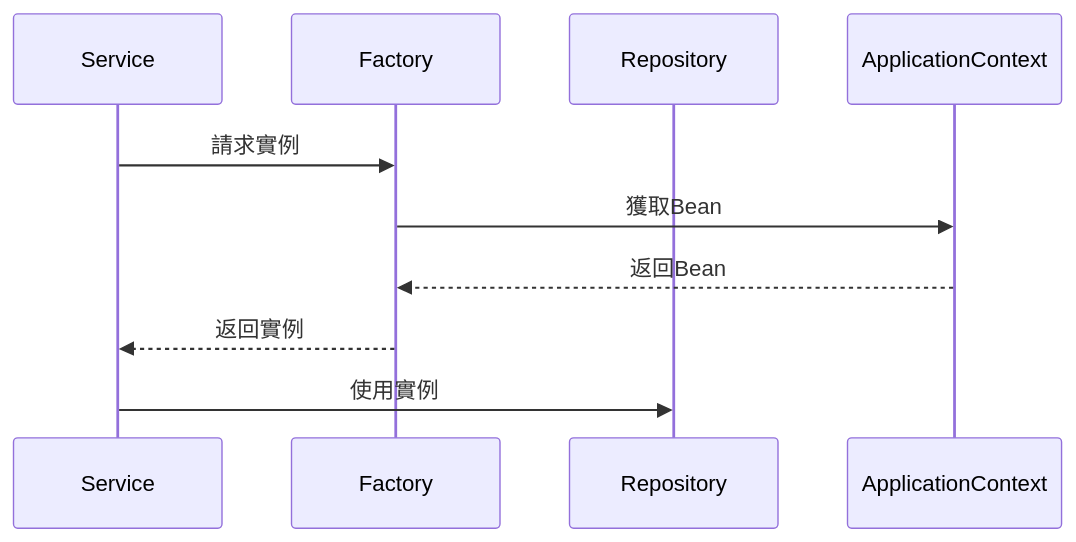
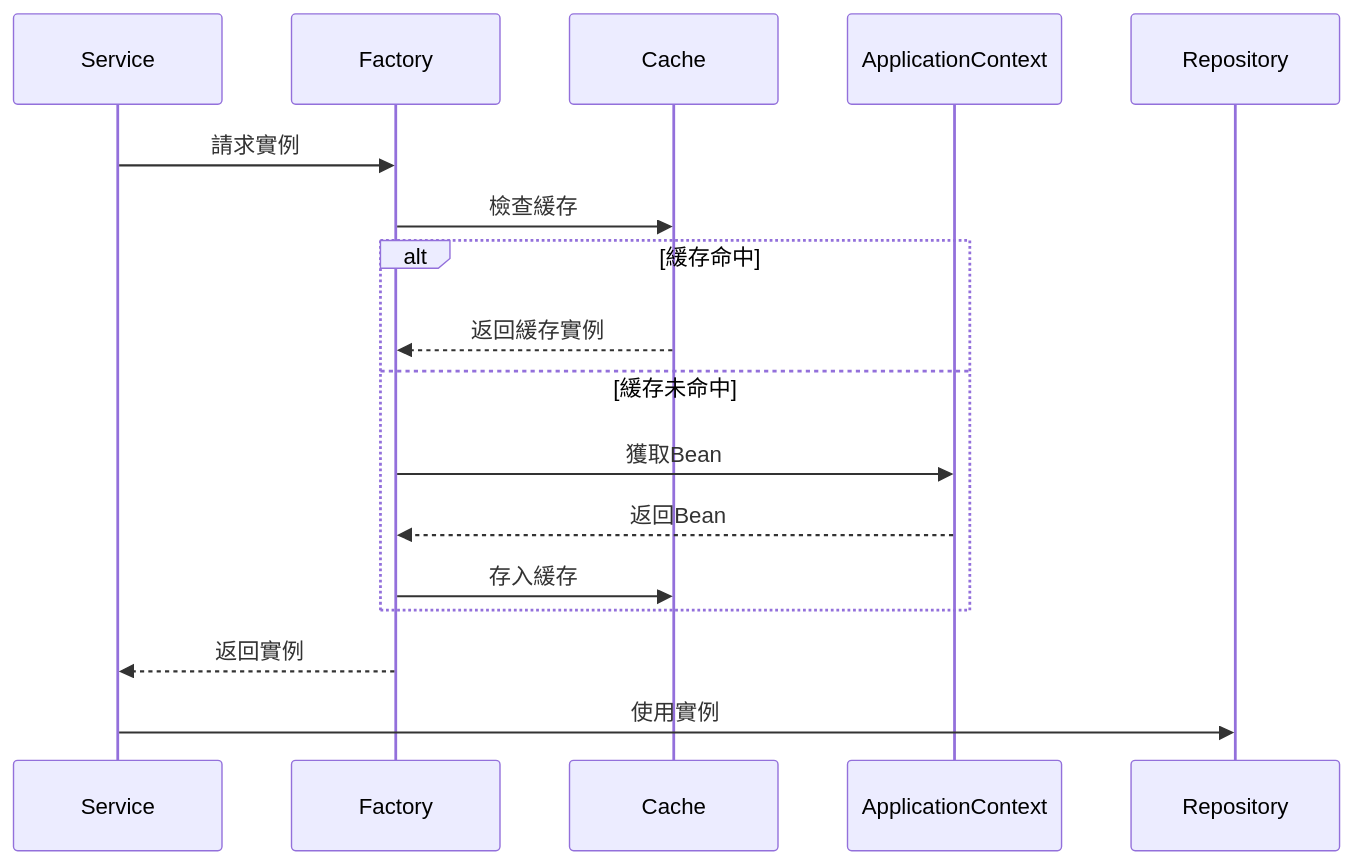
One commit to Vinskao/ty-multiverse-backend changed the seventh of 16 diagrams in README.md. Above: the diagram before and after it, drawn with Mermaid. The commit also changed other lines of this file, not shown here.

Commit message:
info: update graph

````diff
--- a/README.md
+++ b/README.md
@@ -243,13 +395,20 @@
 ```mermaid
 sequenceDiagram
     participant Service
     participant Factory
+    participant Cache
+    participant ApplicationContext
     participant Repository
-    participant ApplicationContext
     
     Service->>Factory: 請求實例
-    Factory->>ApplicationContext: 獲取Bean
-    ApplicationContext-->>Factory: 返回Bean
+    Factory->>Cache: 檢查緩存
+    alt 緩存命中
+        Cache-->>Factory: 返回緩存實例
+    else 緩存未命中
+        Factory->>ApplicationContext: 獲取Bean
+        ApplicationContext-->>Factory: 返回Bean
+        Factory->>Cache: 存入緩存
+    end
     Factory-->>Service: 返回實例
     Service->>Repository: 使用實例
 ```
````
